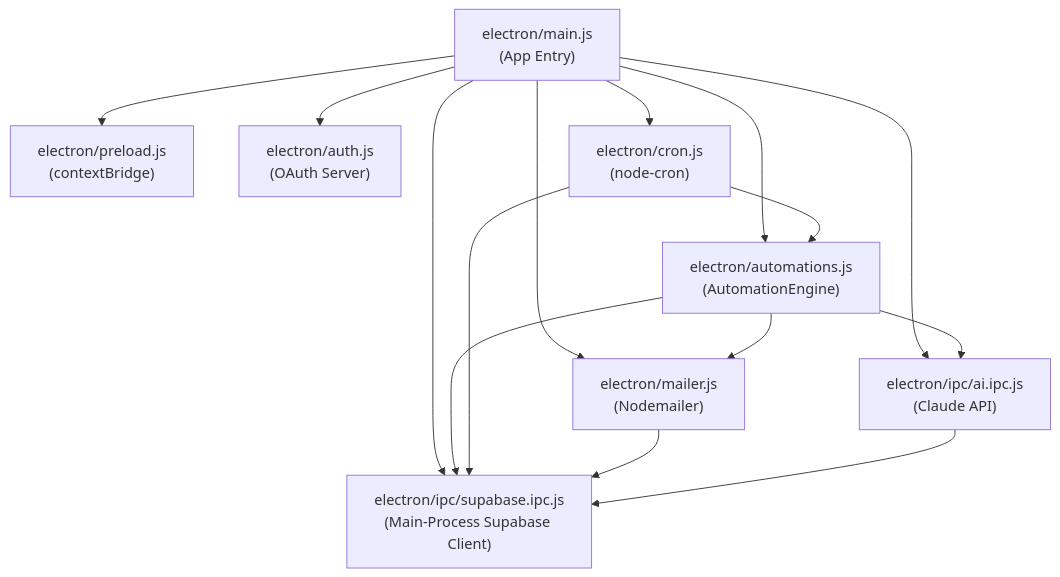
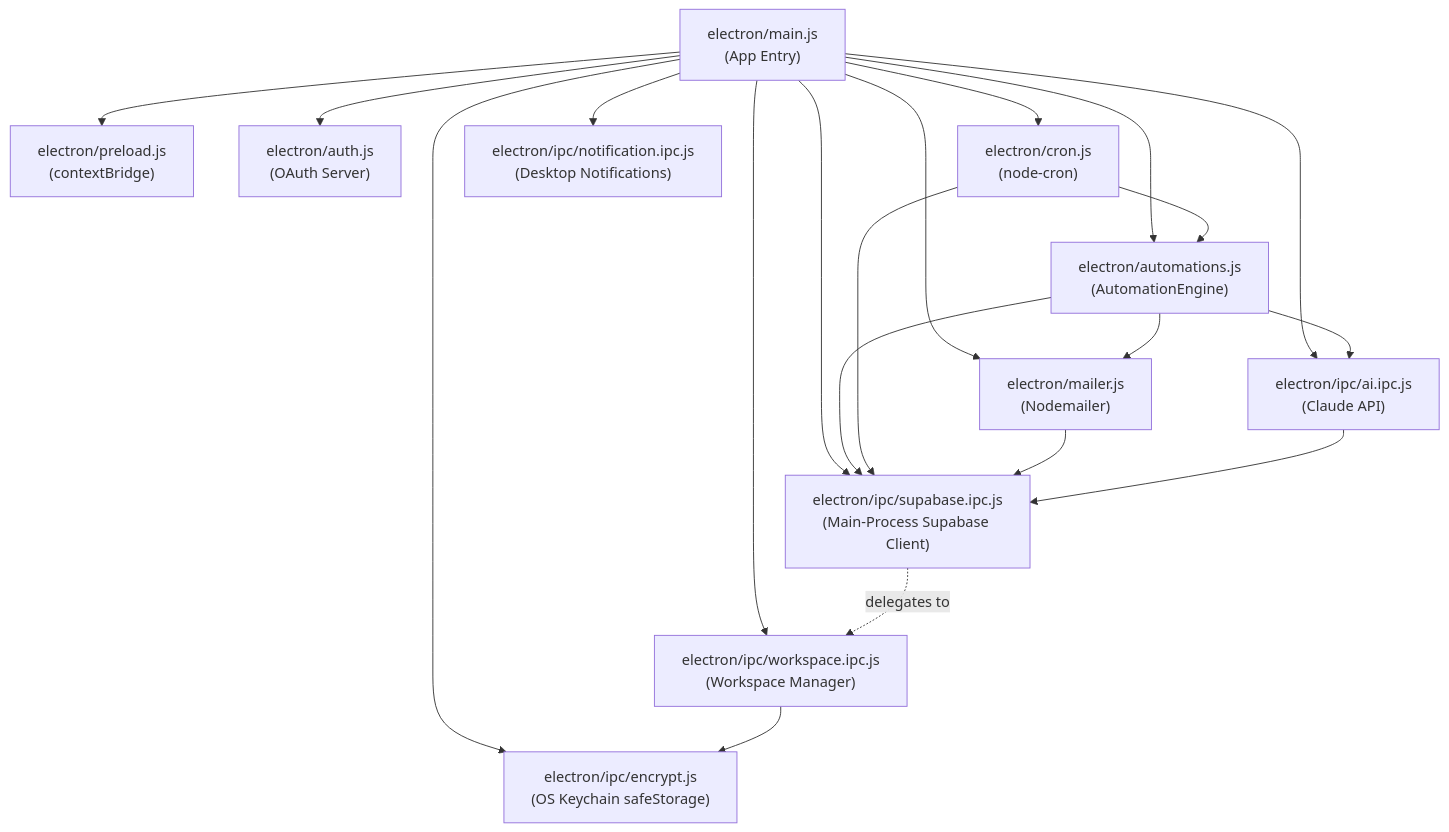
The first of 5 diagrams in CommandCenter_dependency_graph.md (noorkth2/CommandCenter), drawn with Mermaid before and after one commit. The commit also changed other lines of this file and 61 other files, not shown here.

Commit message:
feat: add time tracking, notifications, kanban board, sync queue, workspace management, import fixes, and general improvements

````diff
--- a/CommandCenter_dependency_graph.md
+++ b/CommandCenter_dependency_graph.md
@@ -215,29 +272,38 @@
 ```mermaid
 graph TD
     main["electron/main.js\n(App Entry)"]
     preload["electron/preload.js\n(contextBridge)"]
     auth["electron/auth.js\n(OAuth Server)"]
     automations["electron/automations.js\n(AutomationEngine)"]
     cron["electron/cron.js\n(node-cron)"]
     mailer["electron/mailer.js\n(Nodemailer)"]
     supabase_ipc["electron/ipc/supabase.ipc.js\n(Main-Process Supabase Client)"]
     ai_ipc["electron/ipc/ai.ipc.js\n(Claude API)"]
+    workspace_ipc["electron/ipc/workspace.ipc.js\n(Workspace Manager)"]
+    notif_ipc["electron/ipc/notification.ipc.js\n(Desktop Notifications)"]
+    encrypt["electron/ipc/encrypt.js\n(OS Keychain safeStorage)"]
 
     main --> preload
     main --> auth
     main --> automations
     main --> cron
     main --> mailer
     main --> supabase_ipc
     main --> ai_ipc
+    main --> workspace_ipc
+    main --> notif_ipc
+    main --> encrypt
 
     automations --> supabase_ipc
     automations --> ai_ipc
     automations --> mailer
 
     cron --> supabase_ipc
     cron --> automations
 
     mailer --> supabase_ipc
     ai_ipc --> supabase_ipc
+
+    workspace_ipc --> encrypt
+    supabase_ipc -.->|delegates to| workspace_ipc
 ```
````
